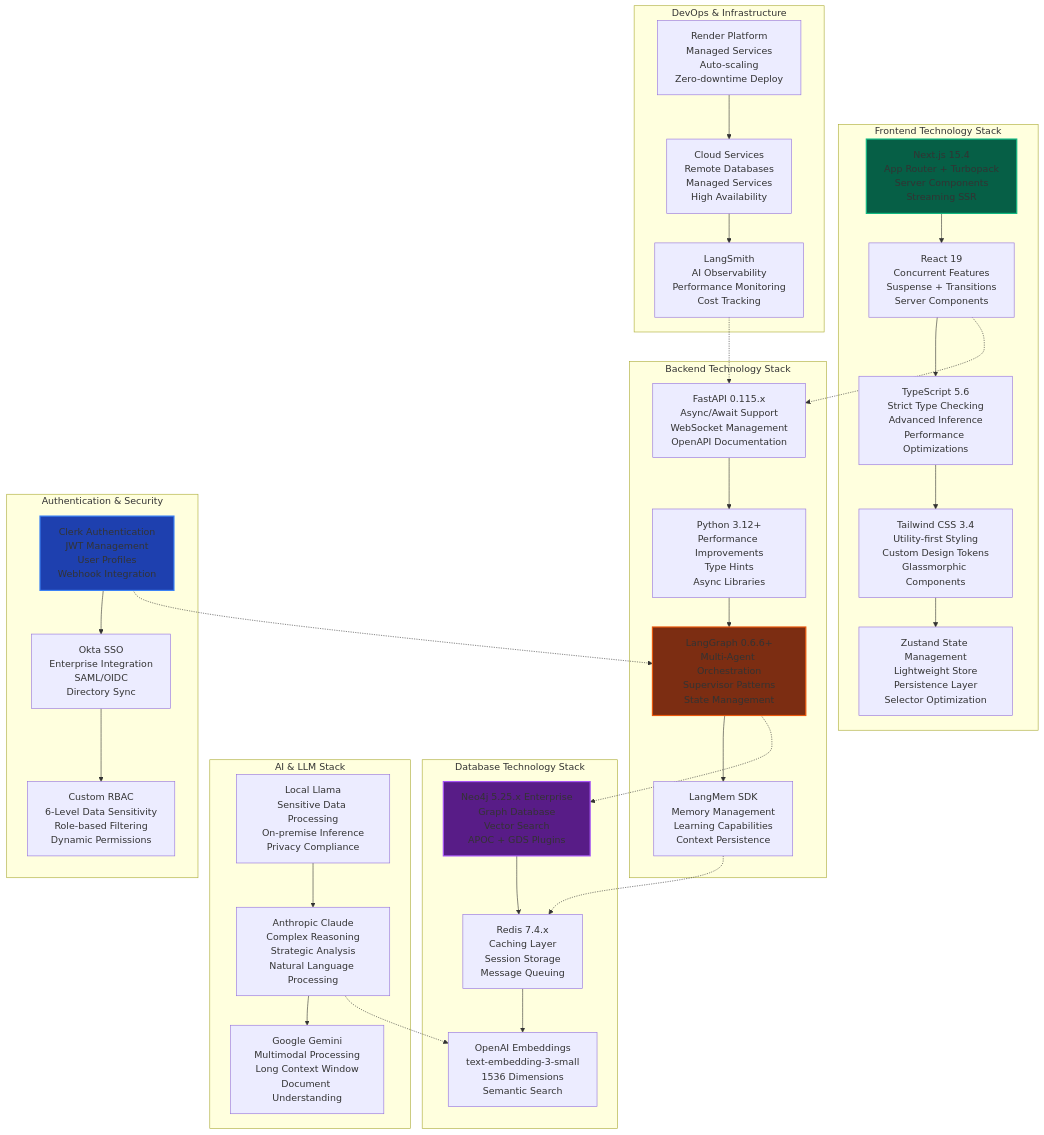
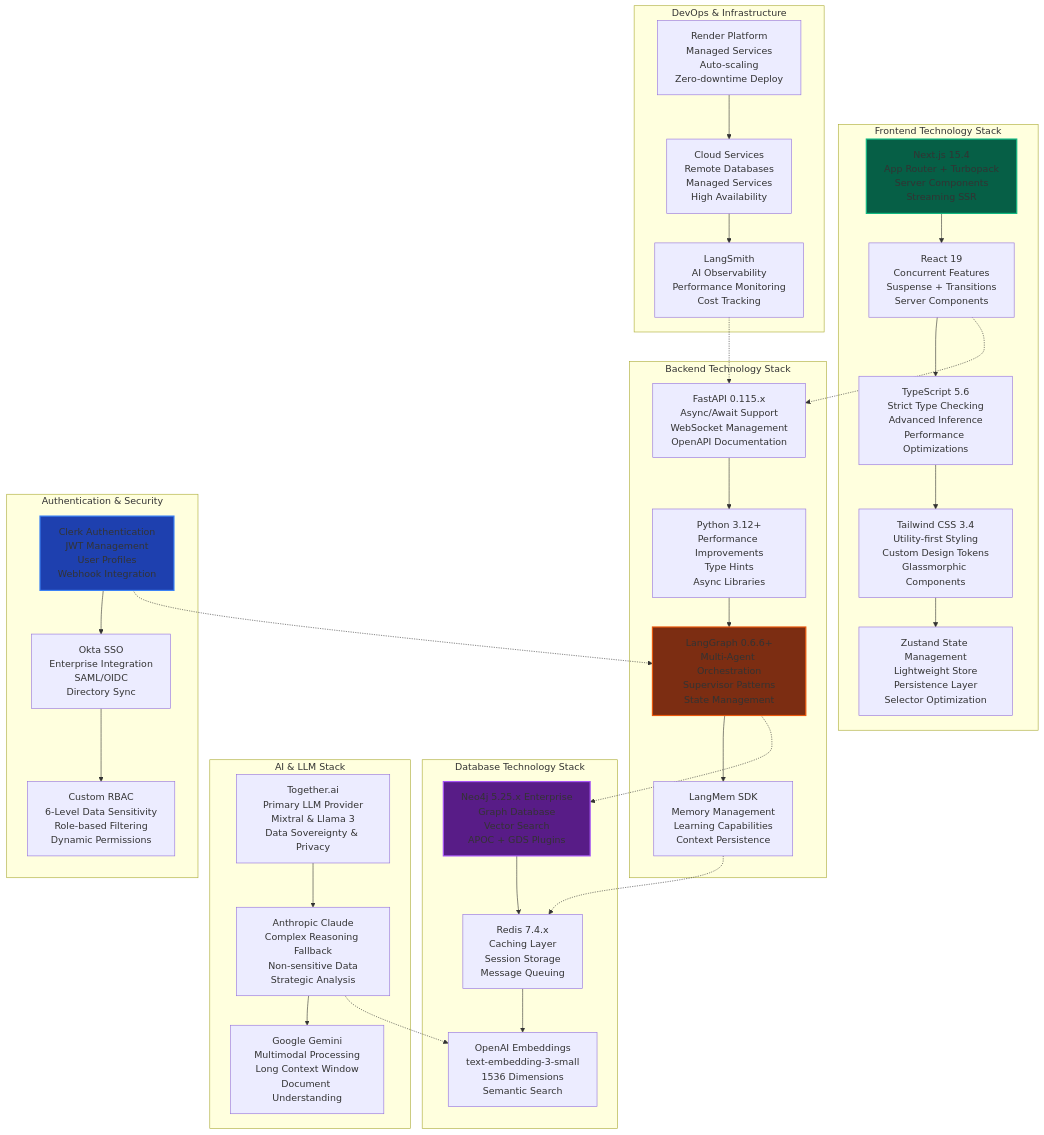
One commit to dirkdd/OneVice changed diagram 12 of 12 in docs/architecture-diagrams.md. Above: the diagram before and after it, drawn with Mermaid. The commit also changed other lines of this file and 6 other files, not shown here.

````diff
--- a/docs/architecture-diagrams.md
+++ b/docs/architecture-diagrams.md
@@ -831,75 +831,75 @@
 ```mermaid
 graph TB
     subgraph "Frontend Technology Stack"
         NextJS[Next.js 15.4<br/>App Router + Turbopack<br/>Server Components<br/>Streaming SSR]
         
         React[React 19<br/>Concurrent Features<br/>Suspense + Transitions<br/>Server Components]
         
         TypeScript[TypeScript 5.6<br/>Strict Type Checking<br/>Advanced Inference<br/>Performance Optimizations]
         
         Tailwind[Tailwind CSS 3.4<br/>Utility-first Styling<br/>Custom Design Tokens<br/>Glassmorphic Components]
         
         Zustand[Zustand State Management<br/>Lightweight Store<br/>Persistence Layer<br/>Selector Optimization]
     end
     
     subgraph "Backend Technology Stack"
         FastAPI[FastAPI 0.115.x<br/>Async/Await Support<br/>WebSocket Management<br/>OpenAPI Documentation]
         
         Python[Python 3.12+<br/>Performance Improvements<br/>Type Hints<br/>Async Libraries]
         
         LangGraph[LangGraph 0.6.6+<br/>Multi-Agent Orchestration<br/>Supervisor Patterns<br/>State Management]
         
         LangMem[LangMem SDK<br/>Memory Management<br/>Learning Capabilities<br/>Context Persistence]
     end
     
     subgraph "Database Technology Stack"
         Neo4j[Neo4j 5.25.x Enterprise<br/>Graph Database<br/>Vector Search<br/>APOC + GDS Plugins]
         
         Redis[Redis 7.4.x<br/>Caching Layer<br/>Session Storage<br/>Message Queuing]
         
         Embeddings[OpenAI Embeddings<br/>text-embedding-3-small<br/>1536 Dimensions<br/>Semantic Search]
     end
     
     subgraph "AI & LLM Stack"
-        LocalLlama[Local Llama<br/>Sensitive Data Processing<br/>On-premise Inference<br/>Privacy Compliance]
+        Together[Together.ai<br/>Primary LLM Provider<br/>Mixtral & Llama 3<br/>Data Sovereignty & Privacy]
         
-        Claude[Anthropic Claude<br/>Complex Reasoning<br/>Strategic Analysis<br/>Natural Language Processing]
+        Claude[Anthropic Claude<br/>Complex Reasoning Fallback<br/>Non-sensitive Data<br/>Strategic Analysis]
         
         Gemini[Google Gemini<br/>Multimodal Processing<br/>Long Context Window<br/>Document Understanding]
     end
     
     subgraph "Authentication & Security"
         Clerk[Clerk Authentication<br/>JWT Management<br/>User Profiles<br/>Webhook Integration]
         
         OktaSSO[Okta SSO<br/>Enterprise Integration<br/>SAML/OIDC<br/>Directory Sync]
         
         RBAC[Custom RBAC<br/>6-Level Data Sensitivity<br/>Role-based Filtering<br/>Dynamic Permissions]
     end
     
     subgraph "DevOps & Infrastructure"
         Render[Render Platform<br/>Managed Services<br/>Auto-scaling<br/>Zero-downtime Deploy]
         
         Cloud[Cloud Services<br/>Remote Databases<br/>Managed Services<br/>High Availability]
         
         LangSmith[LangSmith<br/>AI Observability<br/>Performance Monitoring<br/>Cost Tracking]
     end
     
     NextJS --> React --> TypeScript --> Tailwind --> Zustand
     FastAPI --> Python --> LangGraph --> LangMem
     Neo4j --> Redis --> Embeddings
-    LocalLlama --> Claude --> Gemini
+    Together --> Claude --> Gemini
     Clerk --> OktaSSO --> RBAC
     Render --> Cloud --> LangSmith
     
     React -.-> FastAPI
     LangGraph -.-> Neo4j
     LangMem -.-> Redis
     Claude -.-> Embeddings
     Clerk -.-> LangGraph
     LangSmith -.-> FastAPI
     
     style NextJS fill:#065f46,stroke:#10b981,stroke-width:2px
     style LangGraph fill:#7c2d12,stroke:#ea580c,stroke-width:2px
     style Neo4j fill:#581c87,stroke:#a855f7,stroke-width:2px
     style Clerk fill:#1e40af,stroke:#3b82f6,stroke-width:2px
 ```
````
